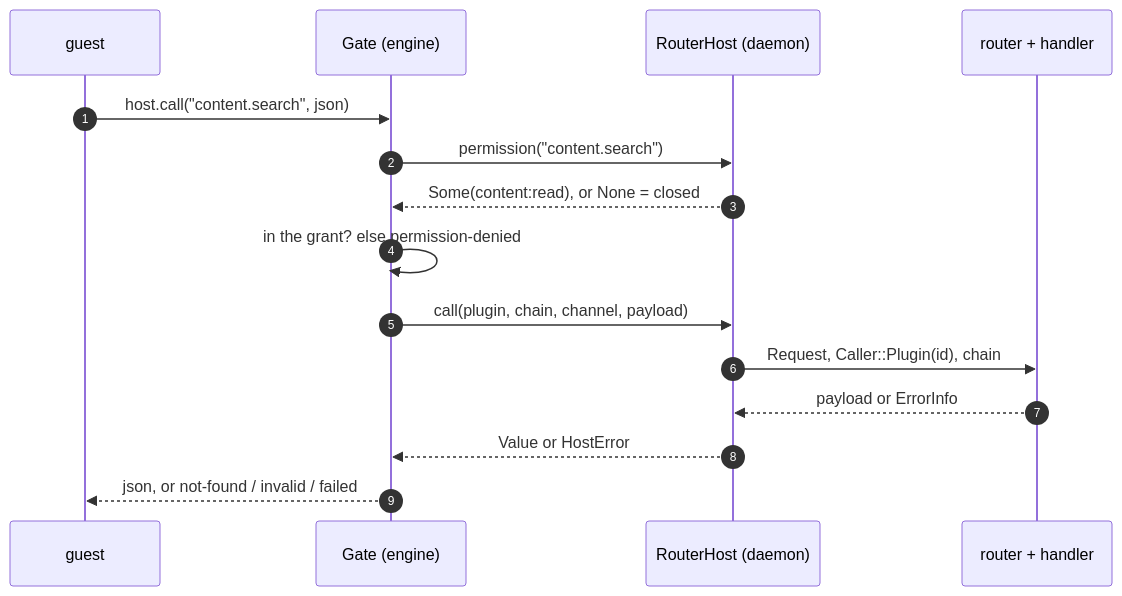
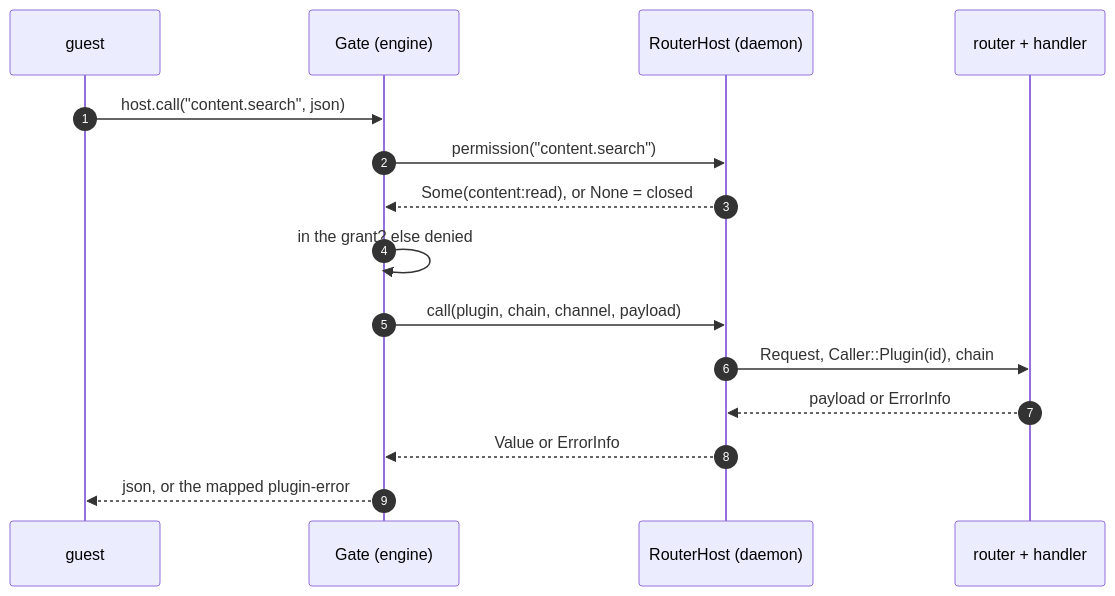
Before and after one commit to prytaneum/hestia: the second of 3 diagrams in docs/architecture/plugins.md, drawn with Mermaid. The commit also changed other lines of this file and 39 other files, not shown here.

Commit message:
feat(plugins): one typed plugin-error both ways

````diff
--- a/docs/architecture/plugins.md
+++ b/docs/architecture/plugins.md
@@ -138,18 +138,18 @@
 ```mermaid
 sequenceDiagram
     autonumber
     participant G as guest
     participant Gate as Gate (engine)
     participant H as RouterHost (daemon)
     participant R as router + handler
 
     G->>Gate: host.call("content.search", json)
     Gate->>H: permission("content.search")
     H-->>Gate: Some(content:read), or None = closed
-    Gate->>Gate: in the grant? else permission-denied
+    Gate->>Gate: in the grant? else denied
     Gate->>H: call(plugin, chain, channel, payload)
     H->>R: Request, Caller::Plugin(id), chain
     R-->>H: payload or ErrorInfo
-    H-->>Gate: Value or HostError
-    Gate-->>G: json, or not-found / invalid / failed
+    H-->>Gate: Value or ErrorInfo
+    Gate-->>G: json, or the mapped plugin-error
 ```
````
